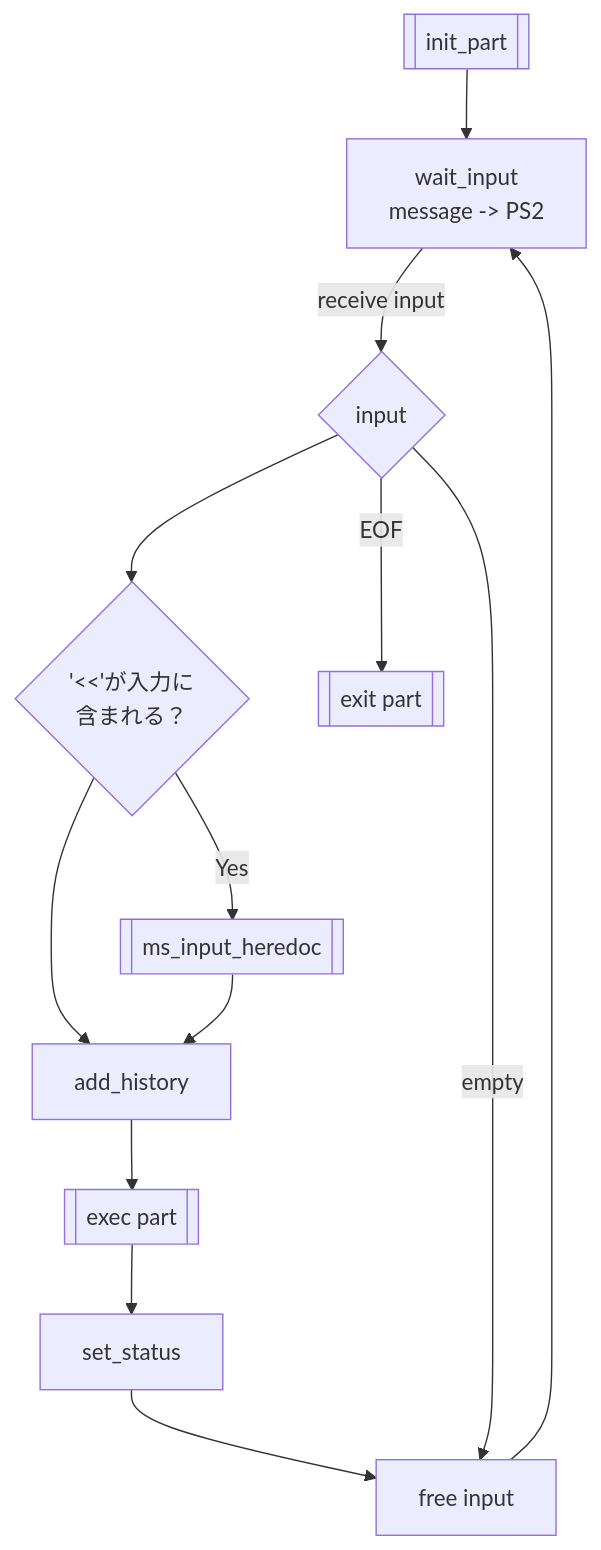
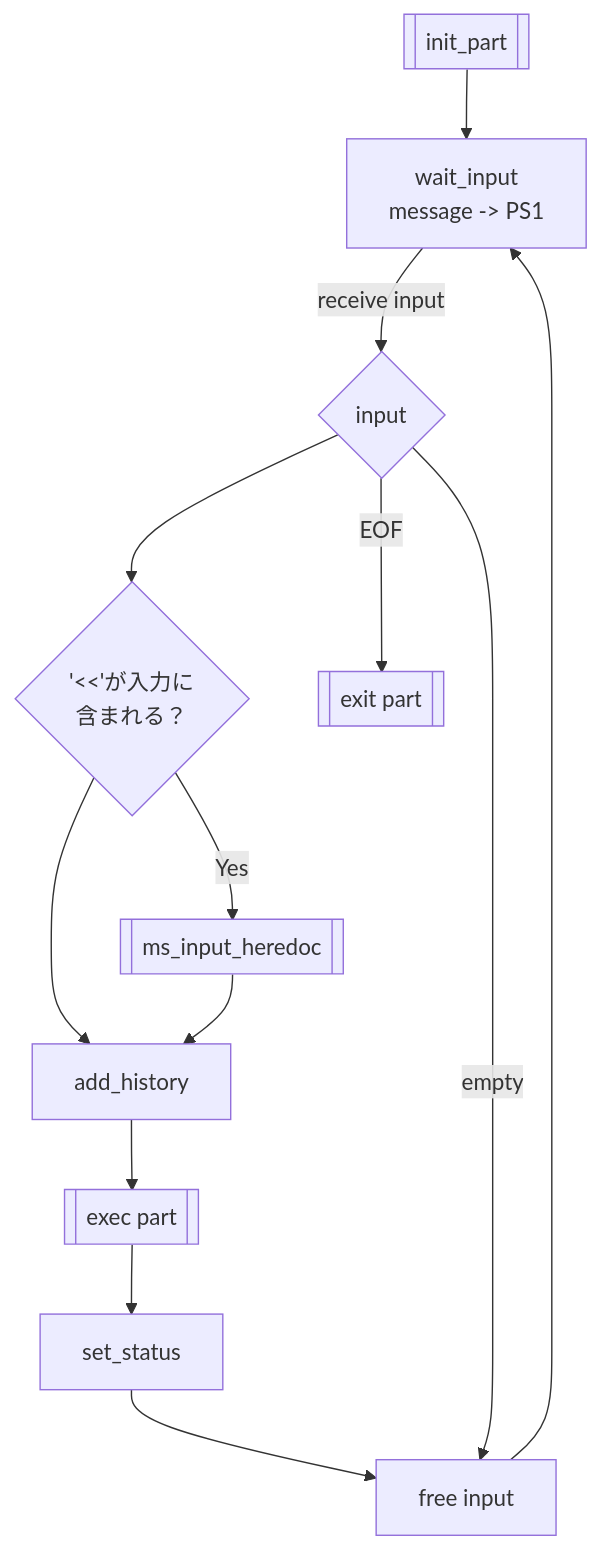
One commit to PalmNeko/minishell changed the first of 2 diagrams in docs/design_recive_input.md. Above: the diagram before and after it, drawn with Mermaid.

Commit message:
apply https://github.com/PalmNeko/minishell/pull/35#discussion_r1867030314

````diff
--- a/docs/design_recive_input.md
+++ b/docs/design_recive_input.md
@@ -49,30 +49,30 @@
 ```mermaid
 flowchart TD
 
 %%mainflow
 A[[init_part]]
 B[wait_input
-message -> PS2]
+message -> PS1]
 C{"input"}
 %%D{ms_closing_check}
 E["add_history"]
 F[[exec part]]
 G[set_status]
 H[free input]
 
 
 A --> B -->|receive input| C -->  HE_1 --> E --> F --> G --> H --> B
 
 %%heredoc
 HE_1{"`'<<'が入力に
 含まれる？`"}
 HE_2[["ms_input_heredoc"]]
 HE_1 --> |Yes| HE_2--> E
 
 %%input_value
 C --> |empty| H
 C --> |EOF| END[[exit part]]
 %%exit
 
 
 ```
````
